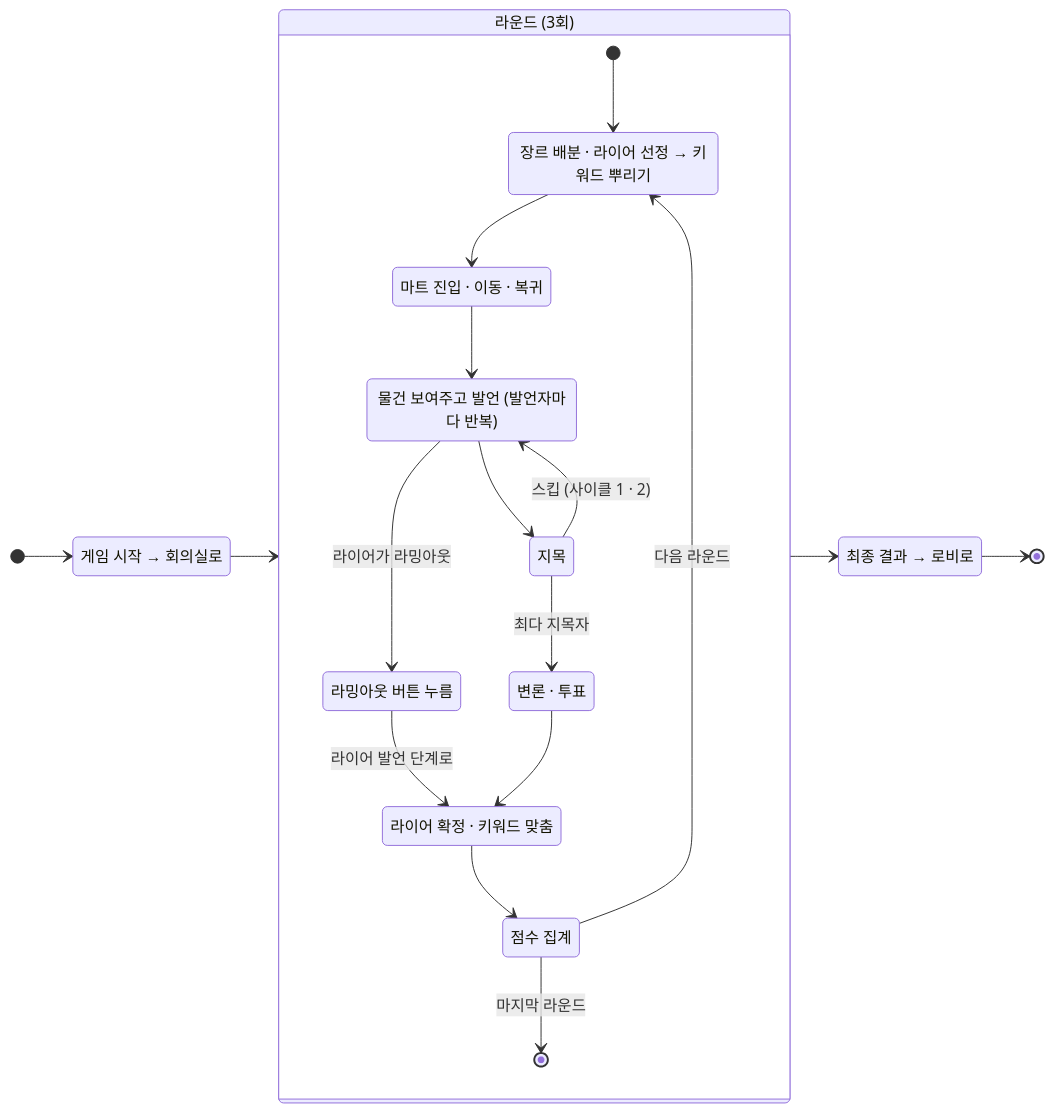
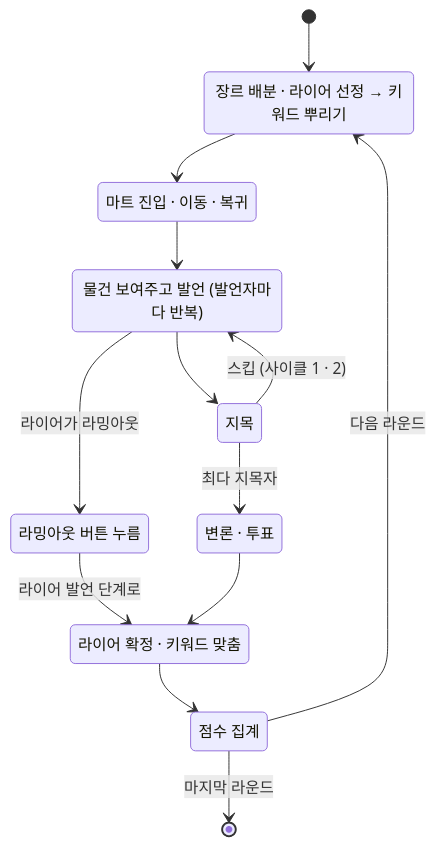
The sixth of 9 diagrams in src/IfIWasInMarket/IfIWasInMarket_기술문서.md (rlawlsdn77/portfolio), drawn with Mermaid before and after one commit. The commit also changed other lines of this file and 2 other files, not shown here.

Commit message:
시장에 가면, OverFixed 기술문서 업데이트 (미완)
1. Shifter 기술문서를 참조하여 재수정 필요
2. /portfolio-update 필요
3. "검수규칙" 잊지말기

````diff
--- a/src/IfIWasInMarket/IfIWasInMarket_기술문서.md
+++ b/src/IfIWasInMarket/IfIWasInMarket_기술문서.md
@@ -279,32 +293,23 @@
 ```mermaid
 stateDiagram-v2
-    direction LR
-    state "게임 시작 → 회의실로" as GS
-    state "라운드 (3회)" as ROUND {
-        state "장르 배분 · 라이어 선정 → 키워드 뿌리기" as GA
-        state "마트 진입 · 이동 · 복귀" as MA
-        state "물건 보여주고 발언 (발언자마다 반복)" as SP
-        state "지목" as PA
-        state "변론 · 투표" as DV
-        state "라밍아웃 버튼 누름" as LO
-        state "라이어 확정 · 키워드 맞춤" as LF
-        state "점수 집계" as ST
-        [*] --> GA
-        GA --> MA
-        MA --> SP
-        SP --> PA
-        PA --> SP: 스킵 (사이클 1 · 2)
-        PA --> DV: 최다 지목자
-        SP --> LO: 라이어가 라밍아웃
-        LO --> LF: 라이어 발언 단계로
-        DV --> LF
-        LF --> ST
-        ST --> GA: 다음 라운드
-        ST --> [*]: 마지막 라운드
-    }
-    state "최종 결과 → 로비로" as FR
-    [*] --> GS
-    GS --> ROUND
-    ROUND --> FR
-    FR --> [*]
+    state "장르 배분 · 라이어 선정 → 키워드 뿌리기" as GA
+    state "마트 진입 · 이동 · 복귀" as MA
+    state "물건 보여주고 발언 (발언자마다 반복)" as SP
+    state "지목" as PA
+    state "변론 · 투표" as DV
+    state "라밍아웃 버튼 누름" as LO
+    state "라이어 확정 · 키워드 맞춤" as LF
+    state "점수 집계" as ST
+    [*] --> GA
+    GA --> MA
+    MA --> SP
+    SP --> PA
+    PA --> SP: 스킵 (사이클 1 · 2)
+    PA --> DV: 최다 지목자
+    SP --> LO: 라이어가 라밍아웃
+    LO --> LF: 라이어 발언 단계로
+    DV --> LF
+    LF --> ST
+    ST --> GA: 다음 라운드
+    ST --> [*]: 마지막 라운드
 ```
````
